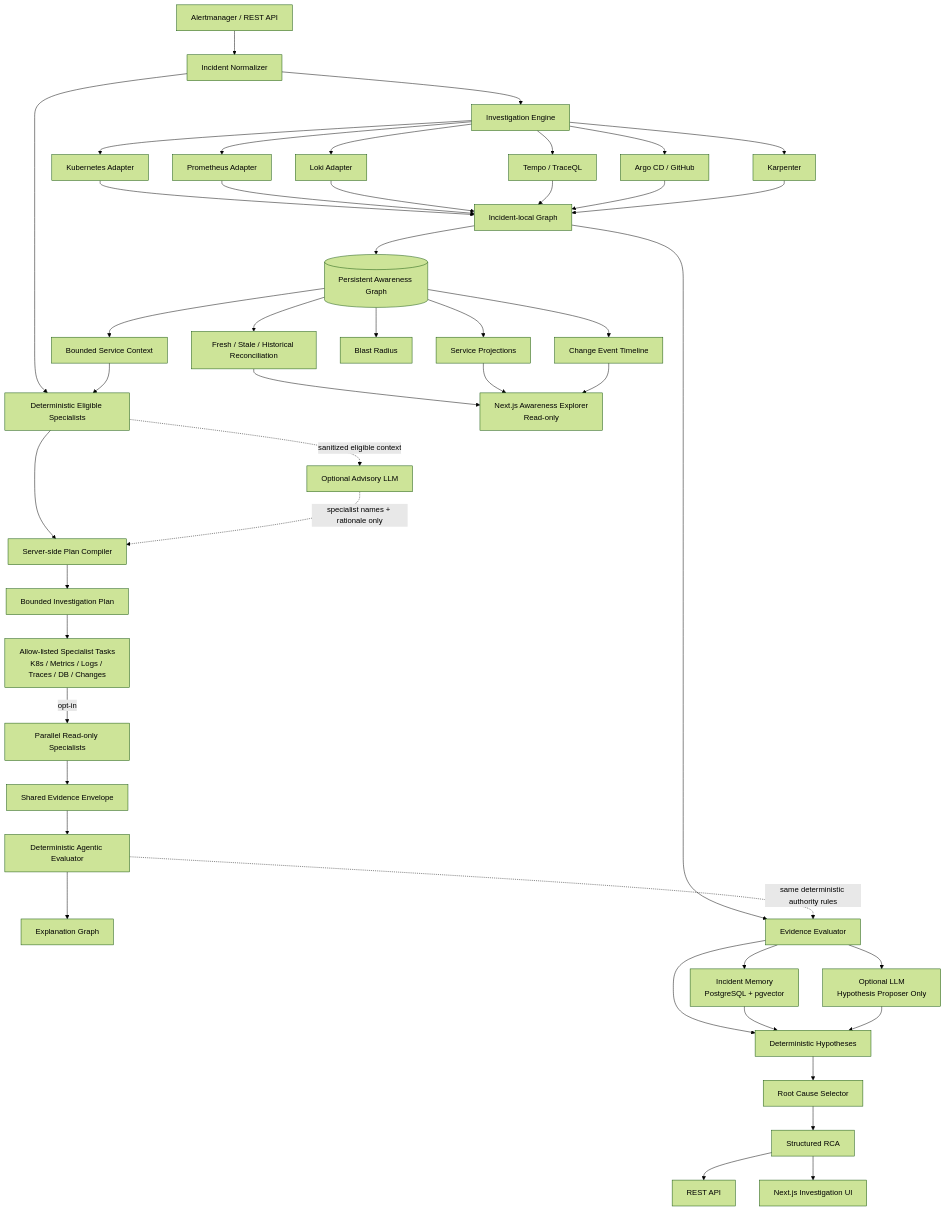
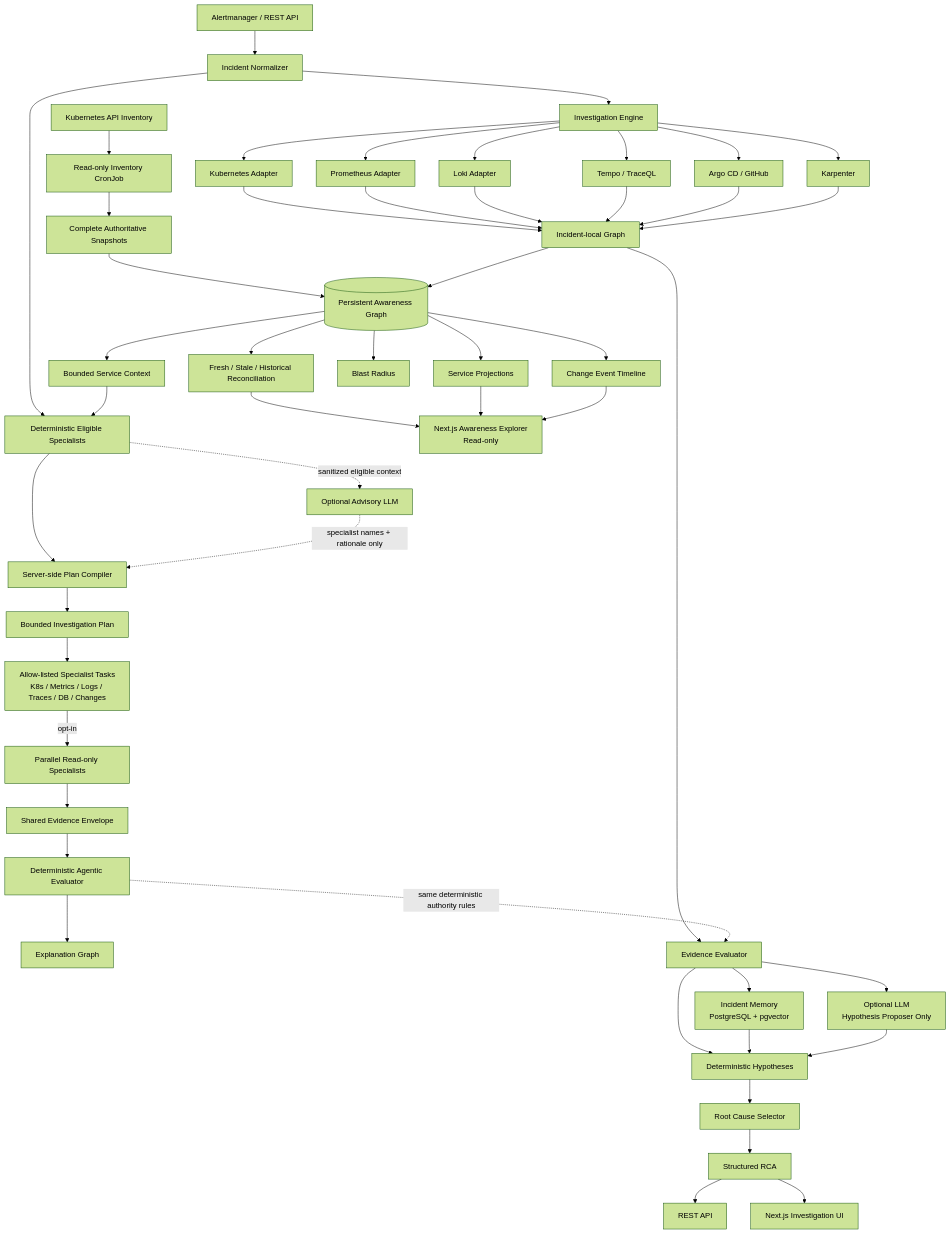
One commit to marcocristofolini/ai-sre-rca changed the first of 23 diagrams in docs/architecture.md. Above: the diagram before and after it, drawn with Mermaid (forest theme). The commit also changed other lines of this file, not shown here.

Commit message:
docs: add automatic inventory architecture

````diff
--- a/docs/architecture.md
+++ b/docs/architecture.md
@@ -7,53 +7,56 @@
 ```mermaid
 flowchart TD
     A[Alertmanager / REST API] --> N[Incident Normalizer]
     N --> EL[Deterministic Eligible Specialists]
     N --> I[Investigation Engine]
 
-    PAG[(Persistent Awareness Graph)] --> CTX[Bounded Service Context]
+    KINV[Kubernetes API Inventory] --> KCRON[Read-only Inventory CronJob]
+    KCRON --> KSNAP[Complete Authoritative Snapshots]
+    KSNAP --> PAG[(Persistent Awareness Graph)]
+    PAG --> CTX[Bounded Service Context]
     CTX --> EL
     EL --> COMP[Server-side Plan Compiler]
     EL -. sanitized eligible context .-> MPL[Optional Advisory LLM]
     MPL -. specialist names + rationale only .-> COMP
     COMP --> PLAN[Bounded Investigation Plan]
     PLAN --> PT[Allow-listed Specialist Tasks<br/>K8s / Metrics / Logs / Traces / DB / Changes]
     PT -->|opt-in| ORCH[Parallel Read-only Specialists]
     ORCH --> SE[Shared Evidence Envelope]
     SE --> AE[Deterministic Agentic Evaluator]
     AE --> XG[Explanation Graph]
 
     I --> K[Kubernetes Adapter]
     I --> P[Prometheus Adapter]
     I --> L[Loki Adapter]
     I --> T[Tempo / TraceQL]
     I --> AR[Argo CD / GitHub]
     I --> KA[Karpenter]
 
     K --> LG[Incident-local Graph]
     P --> LG
     L --> LG
     T --> LG
     AR --> LG
     KA --> LG
 
     LG --> EV[Evidence Evaluator]
     AE -. same deterministic authority rules .-> EV
     LG --> PAG
     PAG --> REC[Fresh / Stale / Historical Reconciliation]
     PAG --> SV[Service Projections]
     PAG --> BR[Blast Radius]
     PAG --> CE[Change Event Timeline]
     REC --> AUI[Next.js Awareness Explorer<br/>Read-only]
     SV --> AUI
     CE --> AUI
 
     EV --> H[Deterministic Hypotheses]
     EV --> MEM[Incident Memory<br/>PostgreSQL + pgvector]
     EV --> LLM[Optional LLM<br/>Hypothesis Proposer Only]
     MEM --> H
     LLM --> H
     H --> RC[Root Cause Selector]
     RC --> RCA[Structured RCA]
     RCA --> API[REST API]
     RCA --> UI[Next.js Investigation UI]
 ```
````
